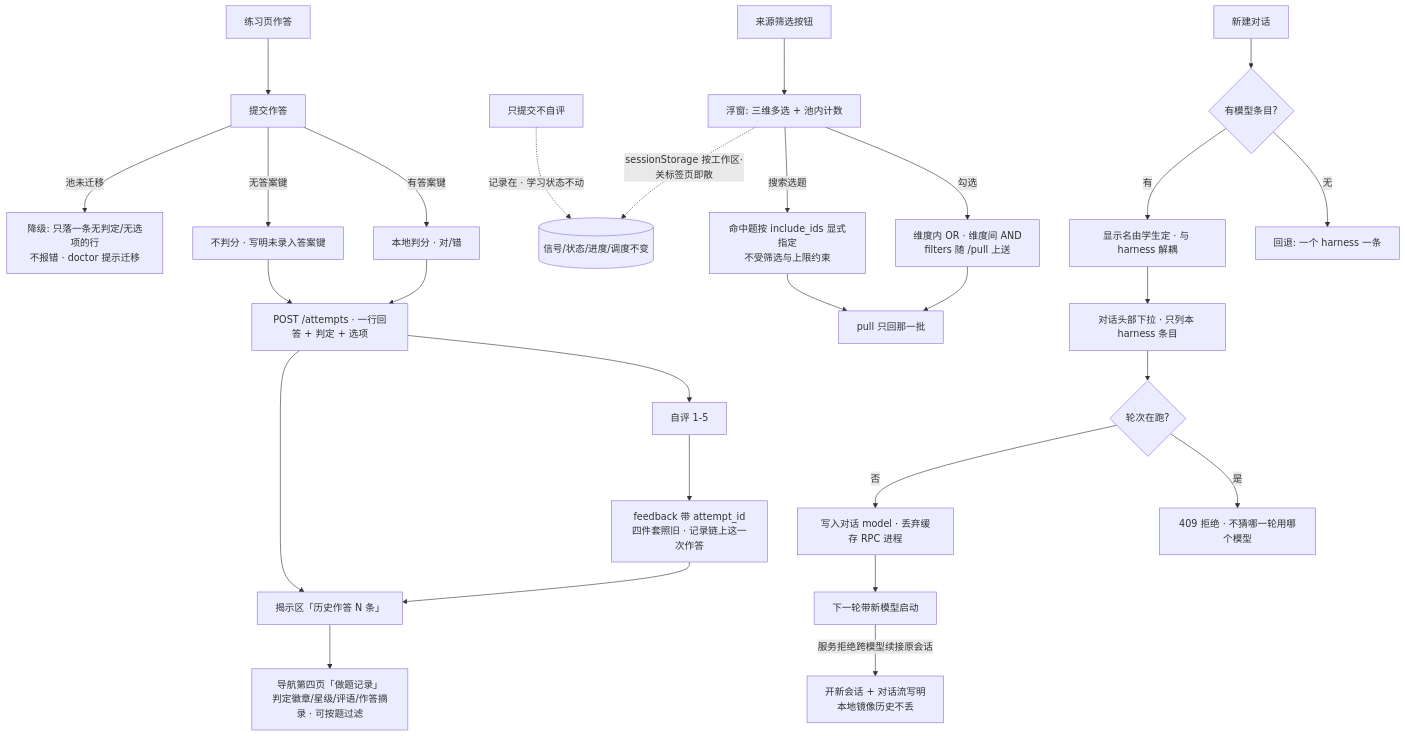
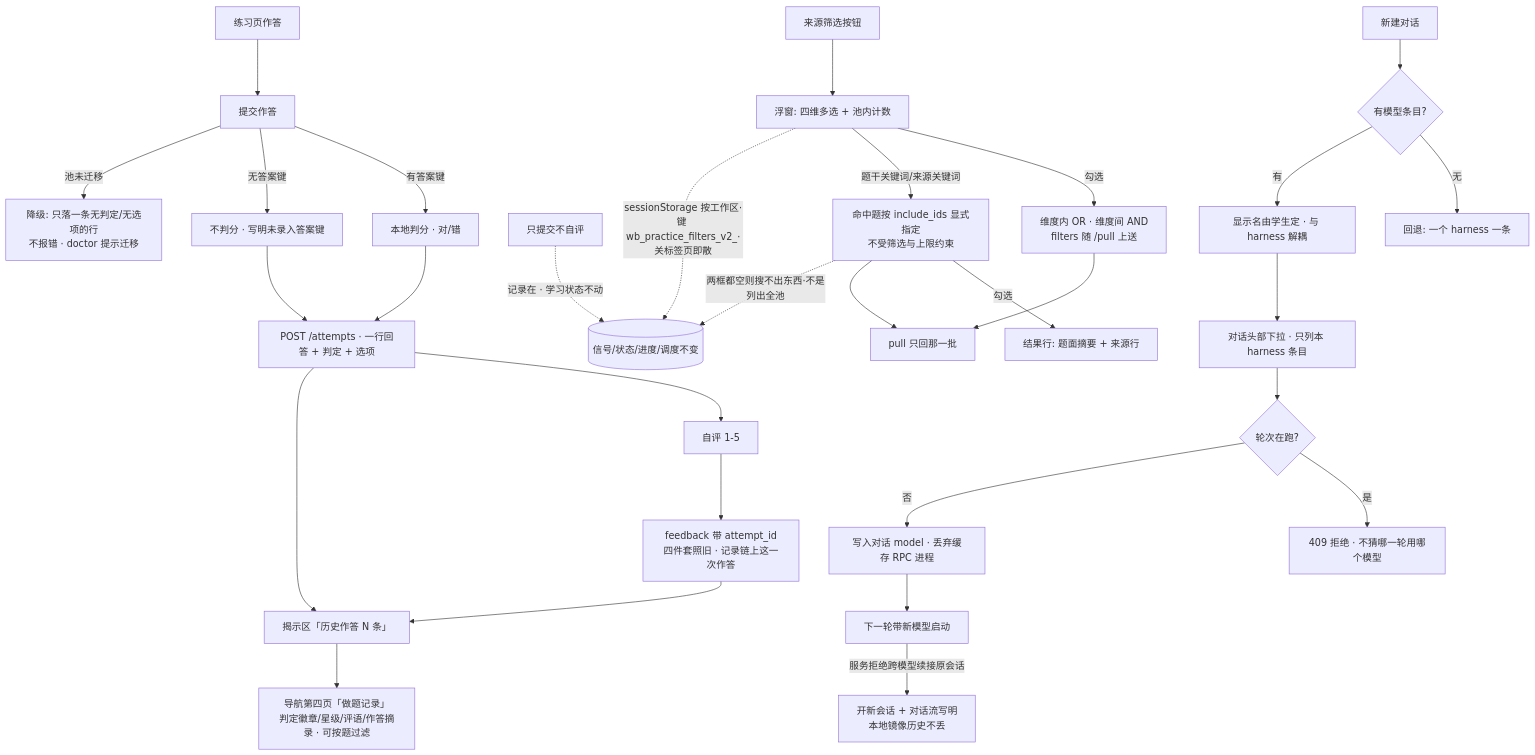
Before and after one commit to Amazinnn/Lesson-Kit: the seventh of 8 diagrams in docs/action-graph/L4-workflows.md, drawn with Mermaid. The commit also changed other lines of this file and 50 other files, not shown here.

Commit message:
feat(workbench): integrate search, rating, and saved-paper flows

````diff
--- a/docs/action-graph/L4-workflows.md
+++ b/docs/action-graph/L4-workflows.md
@@ -167,30 +167,32 @@
 ```mermaid
 flowchart TD
   A[练习页作答] --> B[提交作答]
   B -- 有答案键 --> C[本地判分 · 对/错]
   B -- 无答案键 --> C1[不判分 · 写明未录入答案键]
   B -- 池未迁移 --> C2[降级: 只落一条无判定/无选项的行<br/>不报错 · doctor 提示迁移]
   C & C1 --> D[POST /attempts · 一行回答 + 判定 + 选项]
   D --> E[自评 1-5]
   E --> F[feedback 带 attempt_id<br/>四件套照旧 · 记录链上这一次作答]
   D --> G[揭示区「历史作答 N 条」]
   F --> G
   G --> H[导航第四页「做题记录」<br/>判定徽章/星级/评语/作答摘录 · 可按题过滤]
   X1[只提交不自评] -.记录在 · 学习状态不动.-> Z[(信号/状态/进度/调度不变)]
 
-  P[来源筛选按钮] --> Q[浮窗: 三维多选 + 池内计数]
+  P[来源筛选按钮] --> Q[浮窗: 四维多选 + 池内计数]
   Q -- 勾选 --> R[维度内 OR · 维度间 AND<br/>filters 随 /pull 上送]
-  Q -- 搜索选题 --> S[命中题按 include_ids 显式指定<br/>不受筛选与上限约束]
+  Q -- 题干关键词/来源关键词 --> S[命中题按 include_ids 显式指定<br/>不受筛选与上限约束]
+  S -- 勾选 --> S1[结果行: 题面摘要 + 来源行]
   R & S --> T[pull 只回那一批]
-  Q -.sessionStorage 按工作区·关标签页即散.-> Z
+  Q -.sessionStorage 按工作区·键 wb_practice_filters_v2_<ws>·关标签页即散.-> Z
+  S -.两框都空则搜不出东西·不是列出全池.-> Z
 
   M1[新建对话] --> M2{有模型条目?}
   M2 -- 无 --> M3[回退: 一个 harness 一条]
   M2 -- 有 --> M4[显示名由学生定 · 与 harness 解耦]
   M4 --> M5[对话头部下拉 · 只列本 harness 条目]
   M5 --> M6{轮次在跑?}
   M6 -- 是 --> M7[409 拒绝 · 不猜哪一轮用哪个模型]
   M6 -- 否 --> M8[写入对话 model · 丢弃缓存 RPC 进程]
   M8 --> M9[下一轮带新模型启动]
   M9 -- 服务拒绝跨模型续接原会话 --> M10[开新会话 + 对话流写明<br/>本地镜像历史不丢]
 ```
````
